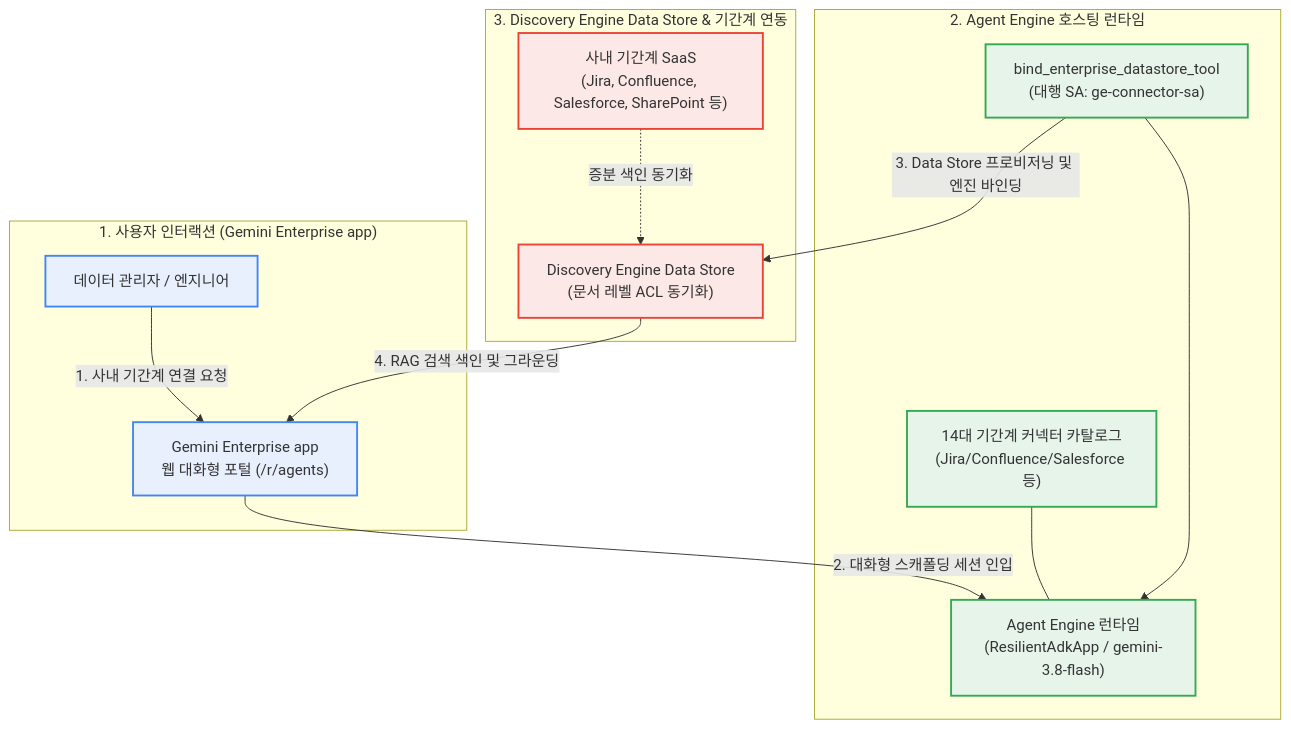
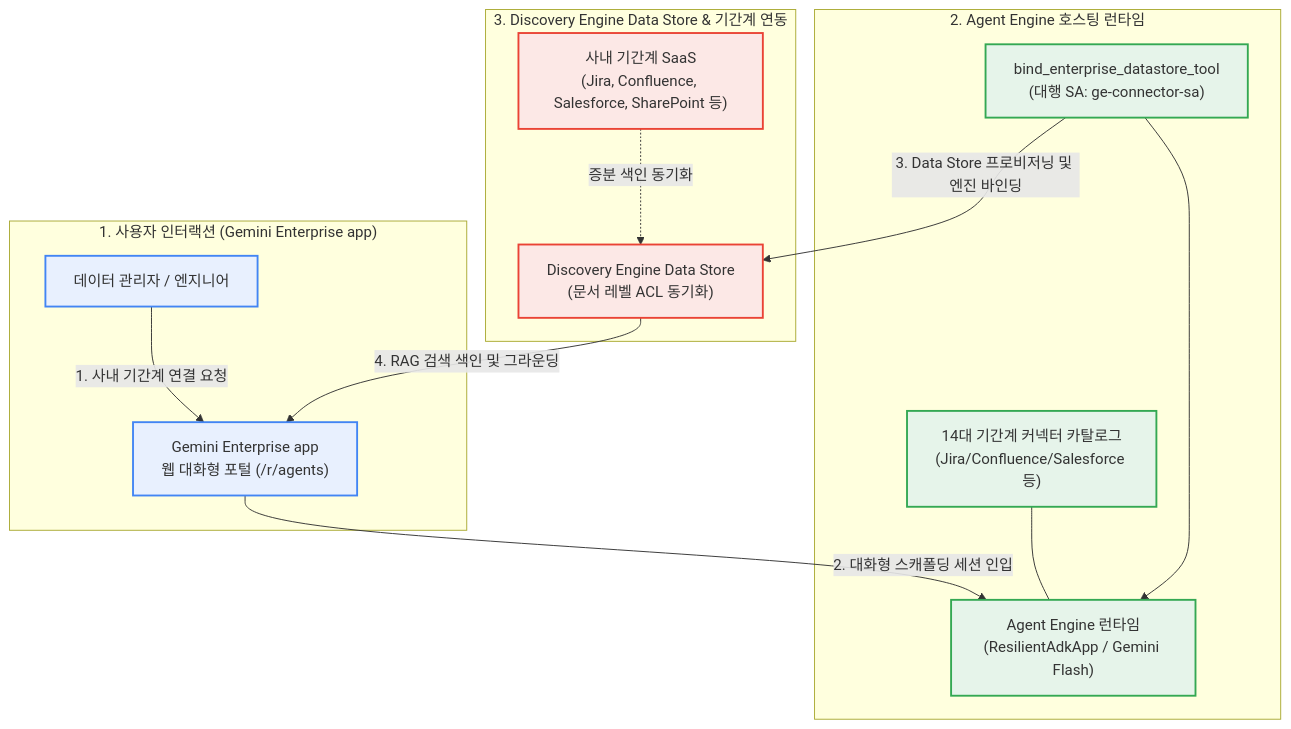
One commit to jiangjun-forge/google-cloud-0-to-1 changed the diagram in samples/gemini-enterprise-factory-connector/README.md. Above: the diagram before and after it, drawn with Mermaid. The commit also changed other lines of this file and 229 other files, not shown here.

````diff
--- a/samples/gemini-enterprise-factory-connector/README.md
+++ b/samples/gemini-enterprise-factory-connector/README.md
@@ -115,26 +115,26 @@
 ```mermaid
 flowchart TB
     subgraph Client["1. 사용자 인터랙션 (Gemini Enterprise app)"]
         DataAdmin["데이터 관리자 / 엔지니어"] -->|"1. 사내 기간계 연결 요청"| GEApp["Gemini Enterprise app<br/>웹 대화형 포털 (/r/agents)"]
     end
 
     subgraph Runtime["2. Agent Engine 호스팅 런타임"]
-        GEApp -->|"2. 대화형 스캐폴딩 세션 인입"| Engine["Agent Engine 런타임<br/>(ResilientAdkApp / gemini-3.8-flash)"]
+        GEApp -->|"2. 대화형 스캐폴딩 세션 인입"| Engine["Agent Engine 런타임<br/>(ResilientAdkApp / Gemini Flash)"]
         Templates["14대 기간계 커넥터 카탈로그<br/>(Jira/Confluence/Salesforce 등)"] --- Engine
         Tools["bind_enterprise_datastore_tool<br/>(대행 SA: ge-connector-sa)"] --> Engine
     end
 
     subgraph Backend["3. Discovery Engine Data Store & 기간계 연동"]
         Tools -->|"3. Data Store 프로비저닝 및 엔진 바인딩"| DiscEng["Discovery Engine Data Store<br/>(문서 레벨 ACL 동기화)"]
         SaaSAssets["사내 기간계 SaaS<br/>(Jira, Confluence, Salesforce, SharePoint 등)"] -.->|"증분 색인 동기화"| DiscEng
         DiscEng -->|"4. RAG 검색 색인 및 그라운딩"| GEApp
     end
 
     classDef portal fill:#e8f0fe,stroke:#4285f4,stroke-width:2px;
     classDef runtime fill:#e6f4ea,stroke:#34a853,stroke-width:2px;
     classDef backend fill:#fce8e6,stroke:#ea4335,stroke-width:2px;
 
     class DataAdmin,GEApp portal;
     class Engine,Templates,Tools runtime;
     class DiscEng,SaaSAssets backend;
 ```
````
